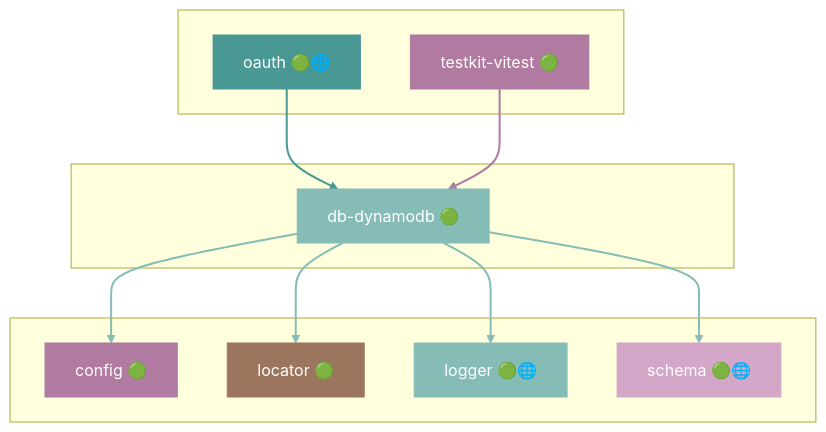
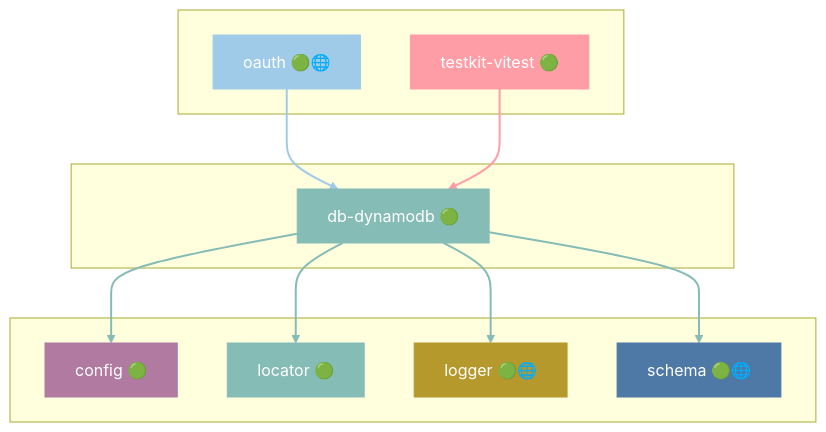
One commit to grest-ts/grest-ts changed diagram 12 of 48 in docs/DEPENDENCIES.md. Above: the diagram before and after it, drawn with Mermaid. The commit also changed other lines of this file and 78 other files, not shown here.

````diff
--- a/docs/DEPENDENCIES.md
+++ b/docs/DEPENDENCIES.md
@@ -813,35 +819,35 @@
 ```mermaid
 flowchart TB
     subgraph Dependents[" "]
         oauth["oauth 🟢🌐"]
         testkit-vitest["testkit-vitest 🟢"]
     end
     subgraph Package[" "]
         db-dynamodb["db-dynamodb 🟢"]
     end
     subgraph Dependencies[" "]
         config["config 🟢"]
         locator["locator 🟢"]
         logger["logger 🟢🌐"]
         schema["schema 🟢🌐"]
     end
     oauth --> db-dynamodb
     testkit-vitest --> db-dynamodb
     db-dynamodb --> config
     db-dynamodb --> locator
     db-dynamodb --> logger
     db-dynamodb --> schema
     style db-dynamodb fill:#86BCB6,stroke:#86BCB6,color:#fff
-    style oauth fill:#499894,stroke:#499894,color:#fff
-    style testkit-vitest fill:#B07AA1,stroke:#B07AA1,color:#fff
+    style oauth fill:#A0CBE8,stroke:#A0CBE8,color:#fff
+    style testkit-vitest fill:#FF9DA7,stroke:#FF9DA7,color:#fff
     style config fill:#B07AA1,stroke:#B07AA1,color:#fff
-    style locator fill:#9C755F,stroke:#9C755F,color:#fff
-    style logger fill:#86BCB6,stroke:#86BCB6,color:#fff
-    style schema fill:#D4A6C8,stroke:#D4A6C8,color:#fff
-    linkStyle 0 stroke:#499894,stroke-width:2px
-    linkStyle 1 stroke:#B07AA1,stroke-width:2px
+    style locator fill:#86BCB6,stroke:#86BCB6,color:#fff
+    style logger fill:#B6992D,stroke:#B6992D,color:#fff
+    style schema fill:#4E79A7,stroke:#4E79A7,color:#fff
+    linkStyle 0 stroke:#A0CBE8,stroke-width:2px
+    linkStyle 1 stroke:#FF9DA7,stroke-width:2px
     linkStyle 2 stroke:#86BCB6,stroke-width:2px
     linkStyle 3 stroke:#86BCB6,stroke-width:2px
     linkStyle 4 stroke:#86BCB6,stroke-width:2px
     linkStyle 5 stroke:#86BCB6,stroke-width:2px
 ```
````
